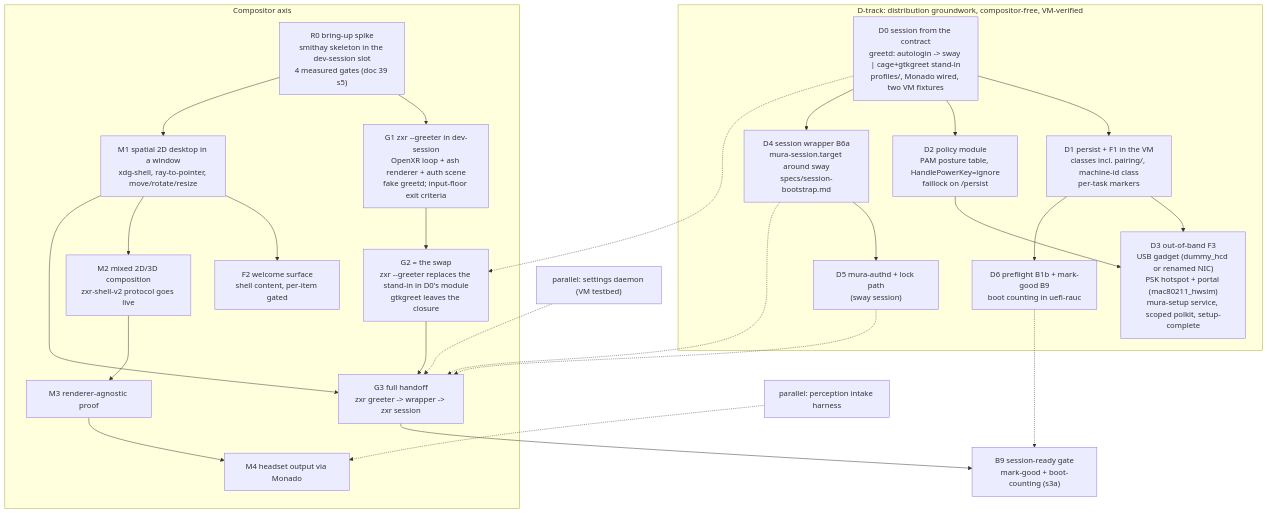
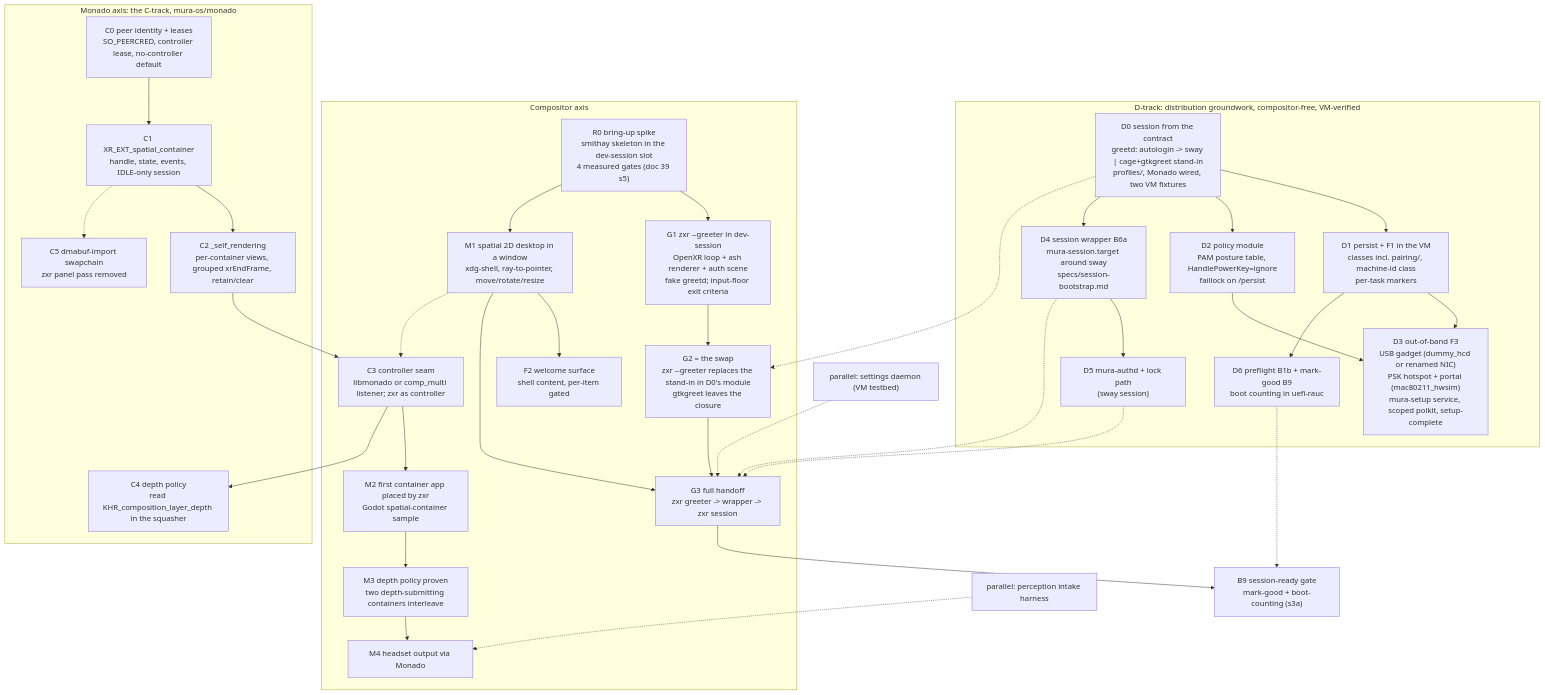
Before and after one commit to mura-os/mura: the diagram in docs/architecture/implementation-path.md, drawn with Mermaid. The commit also changed other lines of this file and 45 other files, not shown here.

````diff
--- a/docs/architecture/implementation-path.md
+++ b/docs/architecture/implementation-path.md
@@ -121,30 +121,38 @@
 ```mermaid
 flowchart TD
     subgraph dtrack [D-track: distribution groundwork, compositor-free, VM-verified]
         D0["D0 session from the contract\ngreetd: autologin -> sway | cage+gtkgreet stand-in\nprofiles/, Monado wired, two VM fixtures"] --> D1["D1 persist + F1 in the VM\nclasses incl. pairing/, machine-id class\nper-task markers"]
         D0 --> D2["D2 policy module\nPAM posture table, HandlePowerKey=ignore\nfaillock on /persist"]
         D1 --> D3["D3 out-of-band F3\nUSB gadget (dummy_hcd or renamed NIC)\nPSK hotspot + portal (mac80211_hwsim)\nmura-setup service, scoped polkit, setup-complete"]
         D2 --> D3
         D0 --> D4["D4 session wrapper B6a\nmura-session.target around sway\nspecs/session-bootstrap.md"]
         D4 --> D5["D5 mura-authd + lock path\n(sway session)"]
         D1 --> D6["D6 preflight B1b + mark-good B9\nboot counting in uefi-rauc"]
     end
     subgraph ctrack [Compositor axis]
         R0["R0 bring-up spike\nsmithay skeleton in the dev-session slot\n4 measured gates (doc 39 s5)"] --> G1["G1 zxr --greeter in dev-session\nOpenXR loop + ash renderer + auth scene\nfake greetd; input-floor exit criteria"]
         R0 --> M1["M1 spatial 2D desktop in a window\nxdg-shell, ray-to-pointer, move/rotate/resize"]
         G1 --> G2["G2 = the swap\nzxr --greeter replaces the stand-in in D0's module\ngtkgreet leaves the closure"]
         M1 --> F2["F2 welcome surface\nshell content, per-item gated"]
-        M1 --> M2["M2 mixed 2D/3D composition\nzxr-shell-v2 protocol goes live"]
         G2 --> G3["G3 full handoff\nzxr greeter -> wrapper -> zxr session"]
         M1 --> G3
-        M2 --> M3["M3 renderer-agnostic proof"]
+        C3 --> M2["M2 first container app placed by zxr\nGodot spatial-container sample"]
+        M2 --> M3["M3 depth policy proven\ntwo depth-submitting containers interleave"]
         M3 --> M4["M4 headset output via Monado"]
     end
+    subgraph cmonado [Monado axis: the C-track, mura-os/monado]
+        C0["C0 peer identity + leases\nSO_PEERCRED, controller lease, no-controller default"] --> C1["C1 XR_EXT_spatial_container\nhandle, state, events, IDLE-only session"]
+        C1 --> C2["C2 _self_rendering\nper-container views, grouped xrEndFrame, retain/clear"]
+        C2 --> C3["C3 controller seam\nlibmonado or comp_multi listener; zxr as controller"]
+        C3 --> C4["C4 depth policy\nread KHR_composition_layer_depth in the squasher"]
+        C1 -.-> C5["C5 dmabuf-import swapchain\nzxr panel pass removed"]
+    end
+    M1 -.-> C3
     D0 -.-> G2
     D4 -.-> G3
     D5 -.-> G3
     D6 -.-> B9["B9 session-ready gate\nmark-good + boot-counting (s3a)"]
     G3 --> B9
     SETTINGS["parallel: settings daemon (VM testbed)"] -.-> G3
     PERC["parallel: perception intake harness"] -.-> M4
 ```
````
